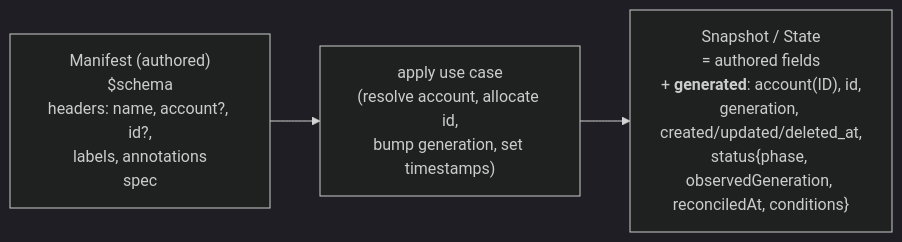
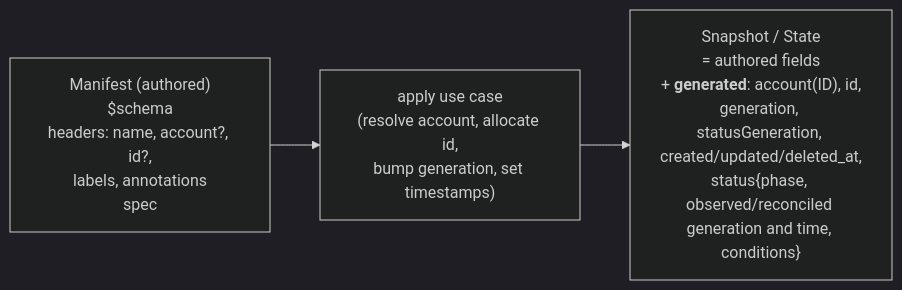
One commit to kamu-data/kamu-cli changed the diagram in docs/internal/resources-anatomy.md. Above: the diagram before and after it, drawn with Mermaid (dark theme). The commit also changed other lines of this file and 92 other files, not shown here.

First line of the commit message:
Resources: `statusGeneration` with compare-and-swap status updates (#1749)

````diff
--- a/docs/internal/resources-anatomy.md
+++ b/docs/internal/resources-anatomy.md
@@ -240,7 +242,7 @@
 ```mermaid
 flowchart LR
     M["Manifest (authored)<br/>$schema<br/>headers: name, account?, id?,<br/>labels, annotations<br/>spec"]
     A["apply use case<br/>(resolve account, allocate id,<br/>bump generation, set timestamps)"]
-    S["Snapshot / State<br/>= authored fields<br/>+ <b>generated</b>: account(ID), id,<br/>generation, created/updated/deleted_at,<br/>status{phase, observedGeneration, reconciledAt, conditions}"]
+    S["Snapshot / State<br/>= authored fields<br/>+ <b>generated</b>: account(ID), id,<br/>generation, statusGeneration, created/updated/deleted_at,<br/>status{phase, observed/reconciled generation and time, conditions}"]
     M --> A --> S
 ```
````
